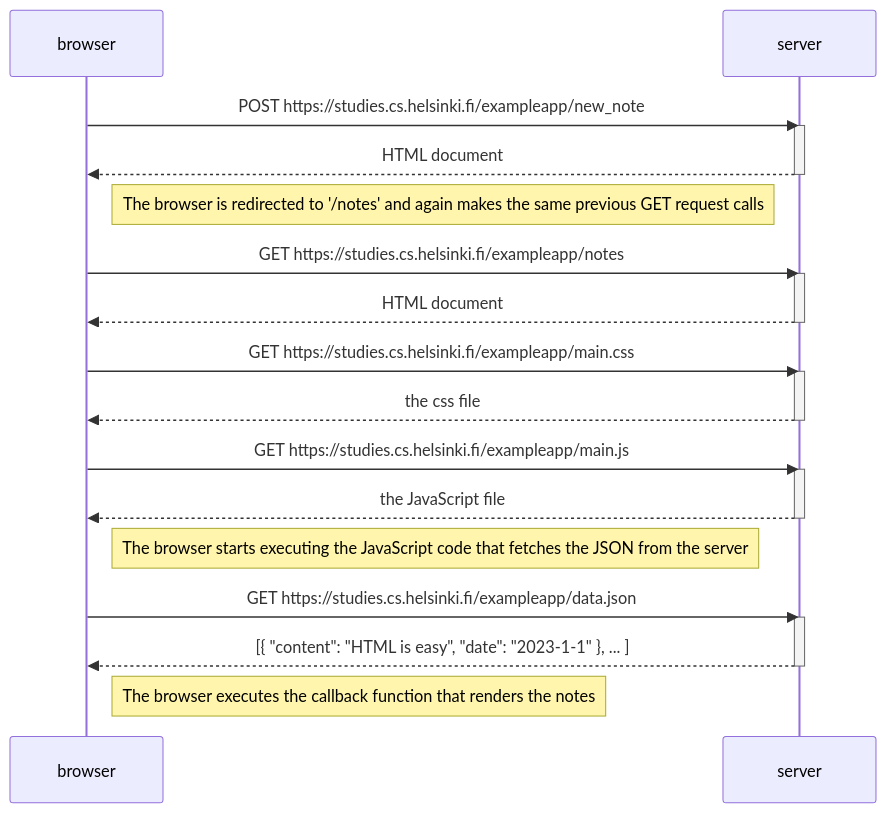
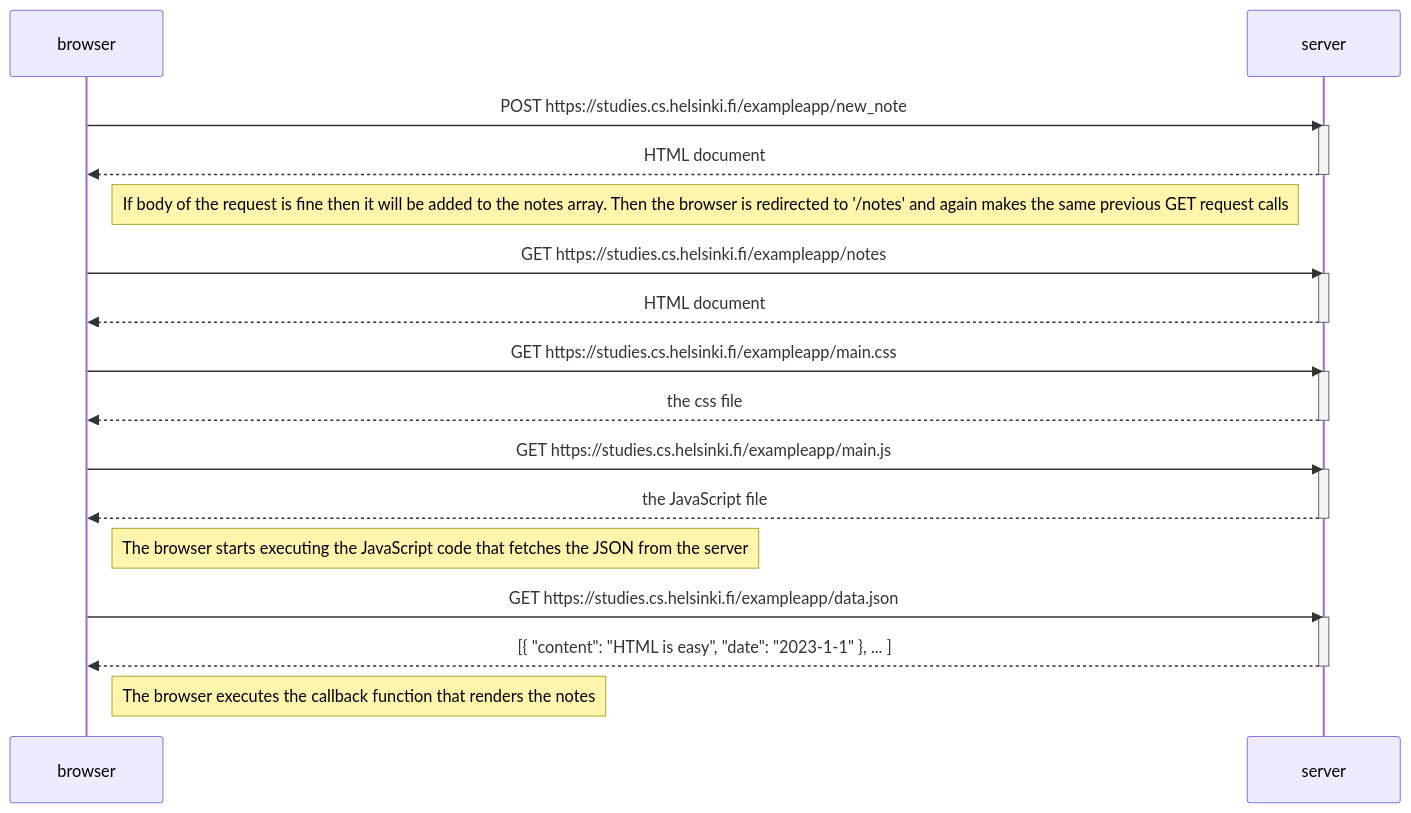
The diagram in part0/new_note_diagram/README.md (Jahongirhacking/fullstackopen-projects), drawn with Mermaid before and after one commit.

Commit message:
upd: add first save and post

````diff
--- a/part0/new_note_diagram/README.md
+++ b/part0/new_note_diagram/README.md
@@ -1,36 +1,36 @@
 ```mermaid
   sequenceDiagram
       participant browser
       participant server
 
       browser->>server: POST https://studies.cs.helsinki.fi/exampleapp/new_note
       activate server
       server-->>browser: HTML document
       deactivate server
 
-      Note right of browser: The browser is redirected to '/notes' and again makes the same previous GET request calls
+      Note right of browser: If body of the request is fine then it will be added to the notes array. Then the browser is redirected to '/notes' and again makes the same previous GET request calls
   
       browser->>server: GET https://studies.cs.helsinki.fi/exampleapp/notes
       activate server
       server-->>browser: HTML document
       deactivate server
   
       browser->>server: GET https://studies.cs.helsinki.fi/exampleapp/main.css
       activate server
       server-->>browser: the css file
       deactivate server
   
       browser->>server: GET https://studies.cs.helsinki.fi/exampleapp/main.js
       activate server
       server-->>browser: the JavaScript file
       deactivate server
   
       Note right of browser: The browser starts executing the JavaScript code that fetches the JSON from the server
   
       browser->>server: GET https://studies.cs.helsinki.fi/exampleapp/data.json
       activate server
       server-->>browser: [{ "content": "HTML is easy", "date": "2023-1-1" }, ... ]
       deactivate server
   
       Note right of browser: The browser executes the callback function that renders the notes
 ```
````
